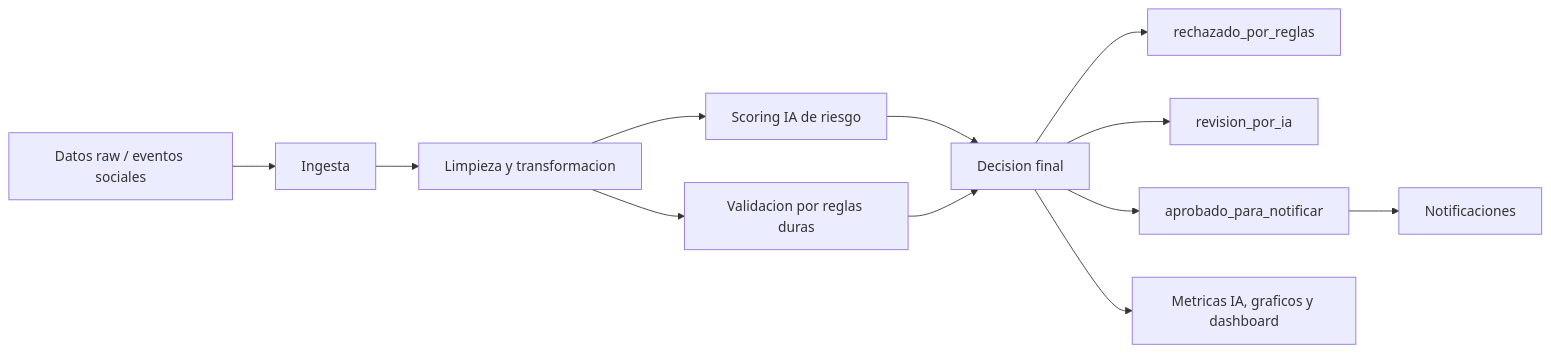
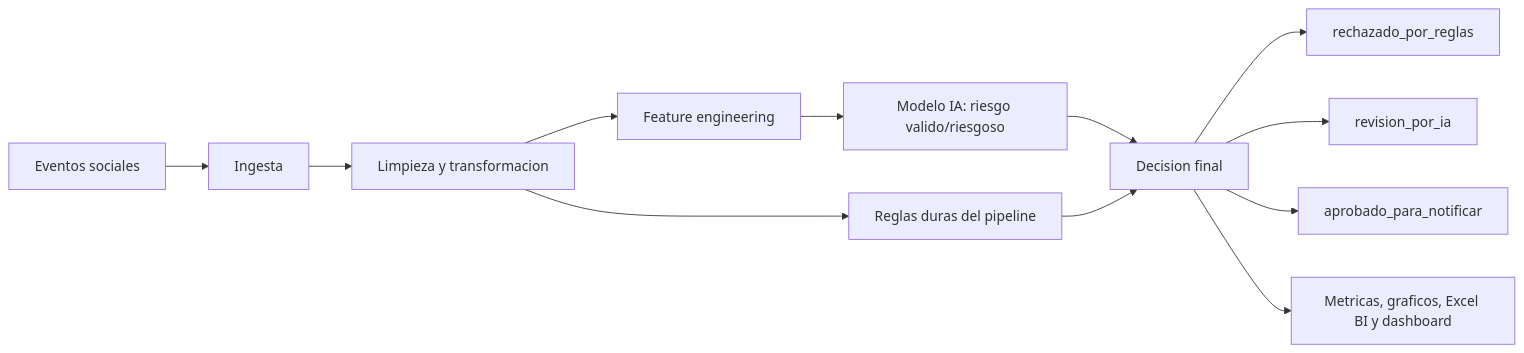
One commit to vicentehueichapan/ProyecGEIA changed the second of 2 diagrams in README.md. Above: the diagram before and after it, drawn with Mermaid. The commit also changed other lines of this file and 8 other files, not shown here.

````diff
--- a/README.md
+++ b/README.md
@@ -57,14 +62,14 @@
 ```mermaid
 flowchart LR
-    A["Datos raw / eventos sociales"] --> B["Ingesta"]
+    A["Eventos sociales"] --> B["Ingesta"]
     B --> C["Limpieza y transformacion"]
-    C --> D["Scoring IA de riesgo"]
-    C --> E["Validacion por reglas duras"]
-    D --> F["Decision final"]
-    E --> F
-    F --> G["rechazado_por_reglas"]
-    F --> H["revision_por_ia"]
-    F --> I["aprobado_para_notificar"]
-    I --> J["Notificaciones"]
-    F --> K["Metricas IA, graficos y dashboard"]
+    C --> D["Feature engineering"]
+    D --> E["Modelo IA: riesgo valido/riesgoso"]
+    C --> F["Reglas duras del pipeline"]
+    E --> G["Decision final"]
+    F --> G
+    G --> H["rechazado_por_reglas"]
+    G --> I["revision_por_ia"]
+    G --> J["aprobado_para_notificar"]
+    G --> K["Metricas, graficos, Excel BI y dashboard"]
 ```
````
